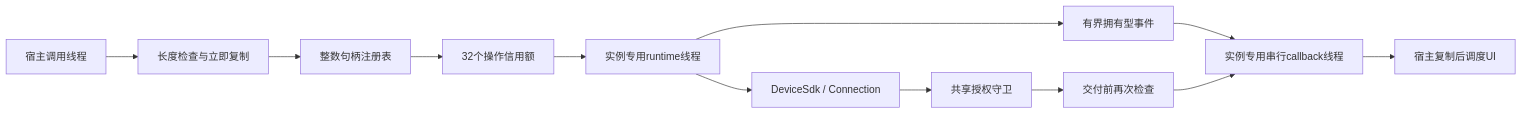
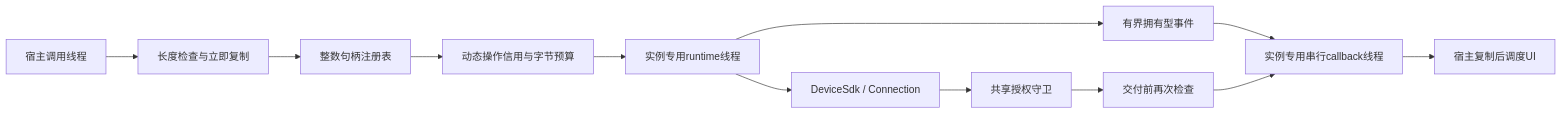
One commit to barry-ran/peerloom changed the first of 3 diagrams in docs/C语言接口模块.md. Above: the diagram before and after it, drawn with Mermaid. The commit also changed other lines of this file and 39 other files, not shown here.

````diff
--- a/docs/C语言接口模块.md
+++ b/docs/C语言接口模块.md
@@ -26,14 +26,14 @@
 ```mermaid
 flowchart LR
     Host[宿主调用线程] --> Boundary[长度检查与立即复制]
     Boundary --> Registry[整数句柄注册表]
-    Registry --> Commands[32个操作信用额]
+    Registry --> Commands[动态操作信用与字节预算]
     Commands --> Worker[实例专用runtime线程]
     Worker --> SDK[DeviceSdk / Connection]
     SDK --> Gate[共享授权守卫]
     Worker --> Events[有界拥有型事件]
     Events --> Callback[实例专用串行callback线程]
     Gate --> Check[交付前再次检查]
     Check --> Callback
     Callback --> HostQueue[宿主复制后调度UI]
 ```
````
